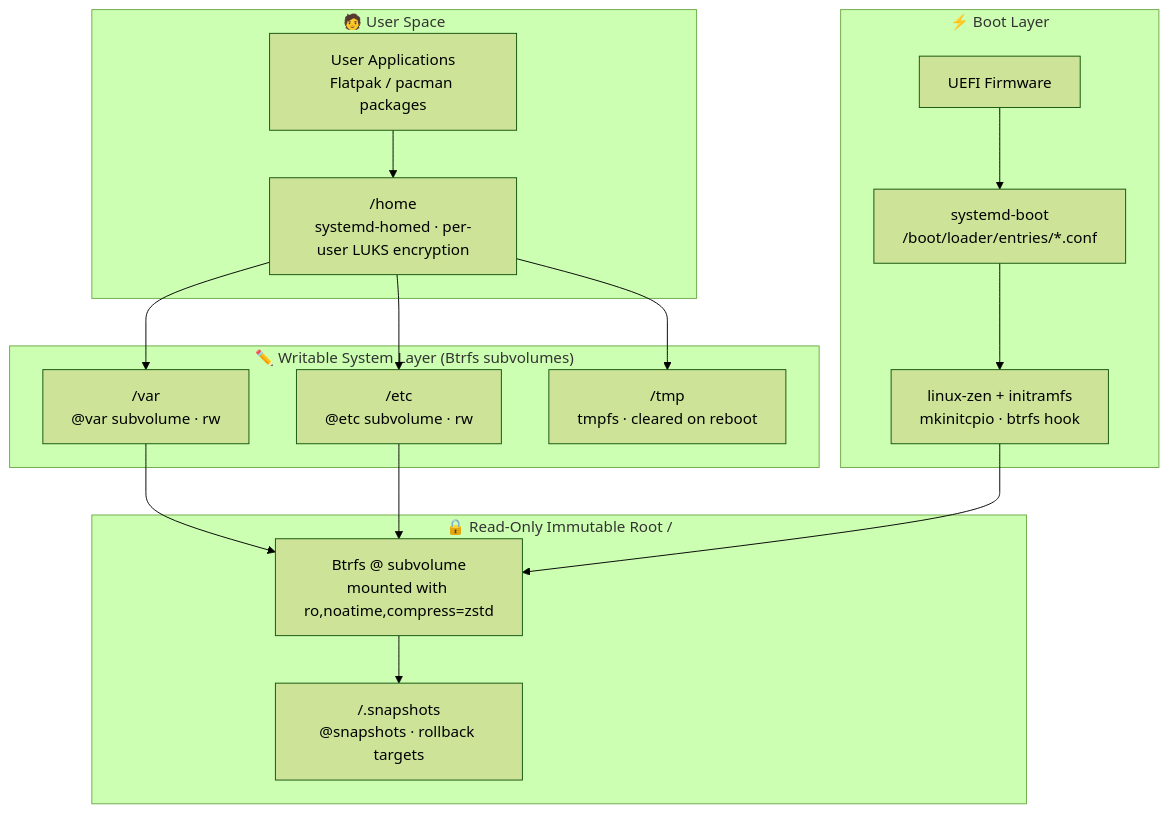
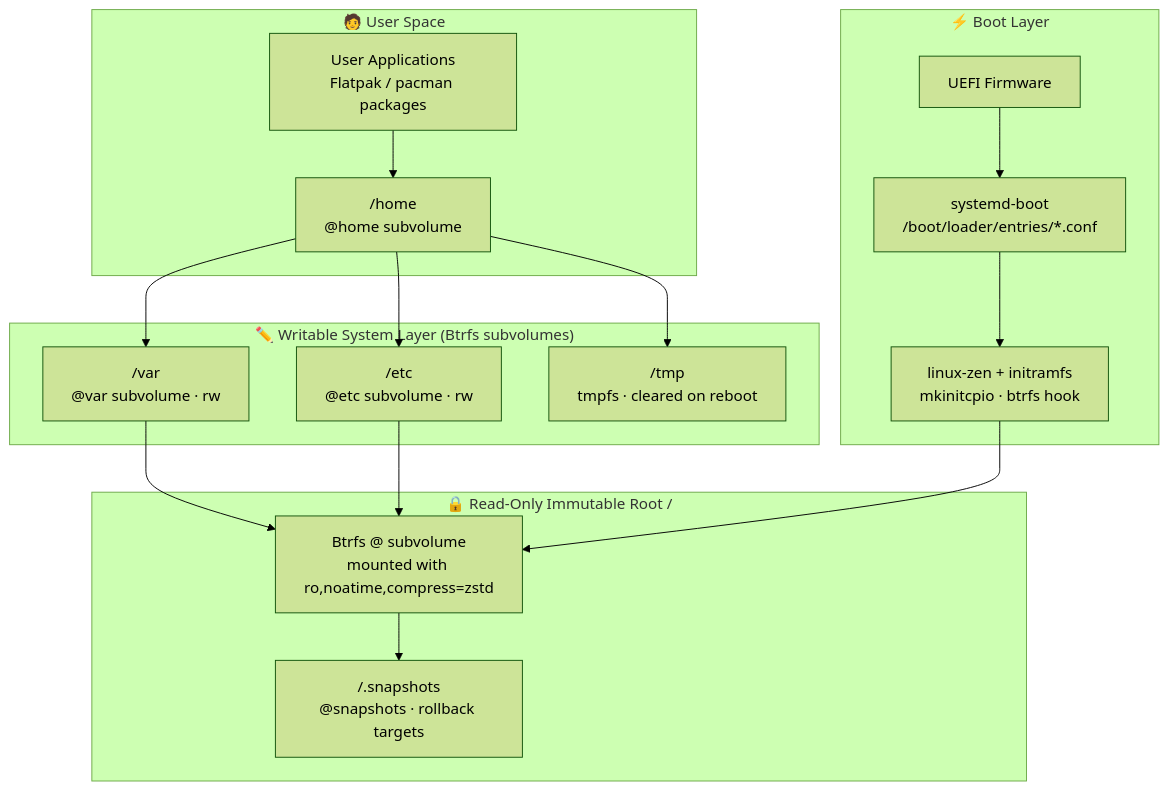
One commit to Arkh-Ur/ouroborOS changed the first of 2 diagrams in docs/architecture/overview.md. Above: the diagram before and after it, drawn with Mermaid (forest theme). The commit also changed other lines of this file and 9 other files, not shown here.

````diff
--- a/docs/architecture/overview.md
+++ b/docs/architecture/overview.md
@@ -17,30 +17,30 @@
 ```mermaid
 graph TB
     subgraph UserSpace["🧑 User Space"]
         Apps["User Applications\nFlatpak / pacman packages"]
-        Home["/home\nsystemd-homed · per-user LUKS encryption"]
+        Home["/home\n@home subvolume"]
     end
 
     subgraph Mutable["✏️ Writable System Layer  (Btrfs subvolumes)"]
         Var["/var\n@var subvolume · rw"]
         Etc["/etc\n@etc subvolume · rw"]
         Tmp["/tmp\ntmpfs · cleared on reboot"]
     end
 
     subgraph ImmutableRoot["🔒 Read-Only Immutable Root  /"]
         Root["Btrfs @ subvolume\nmounted with ro,noatime,compress=zstd"]
         Snap["/.snapshots\n@snapshots · rollback targets"]
     end
 
     subgraph BootLayer["⚡ Boot Layer"]
         UEFI["UEFI Firmware"]
         SDBoot["systemd-boot\n/boot/loader/entries/*.conf"]
         Kernel["linux-zen + initramfs\nmkinitcpio · btrfs hook"]
     end
 
     Apps --> Home
     Home --> Var & Etc & Tmp
     Var & Etc --> Root
     Root --> Snap
     UEFI --> SDBoot --> Kernel --> Root
 ```
````
